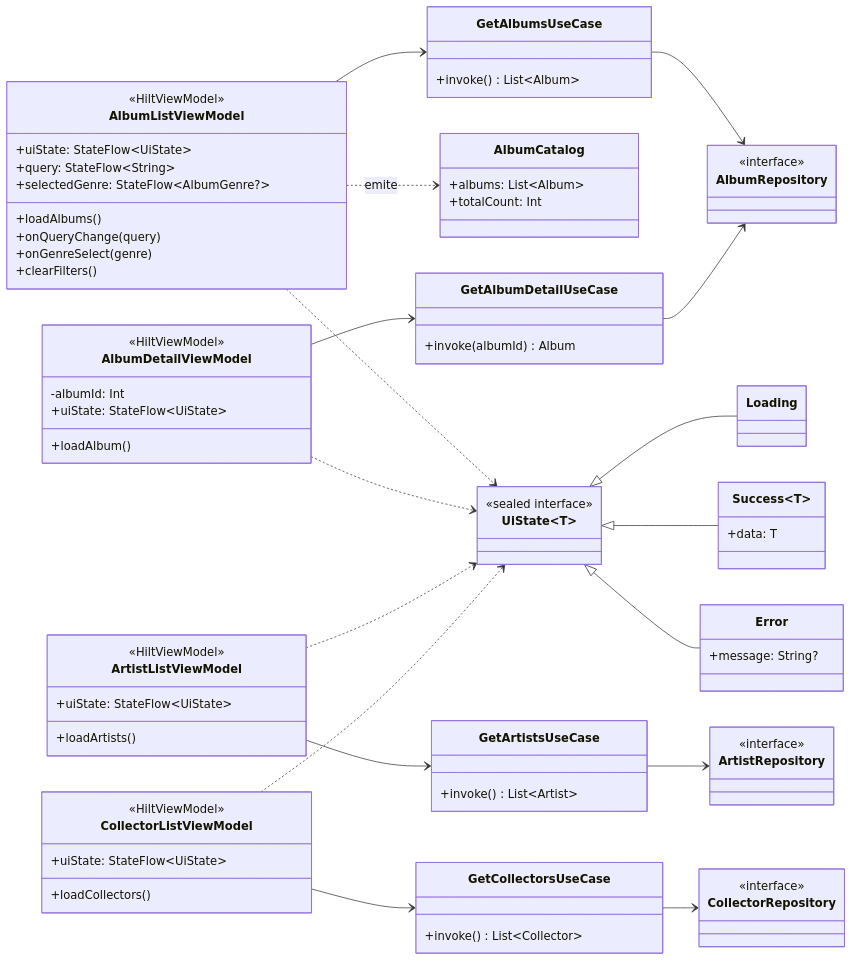
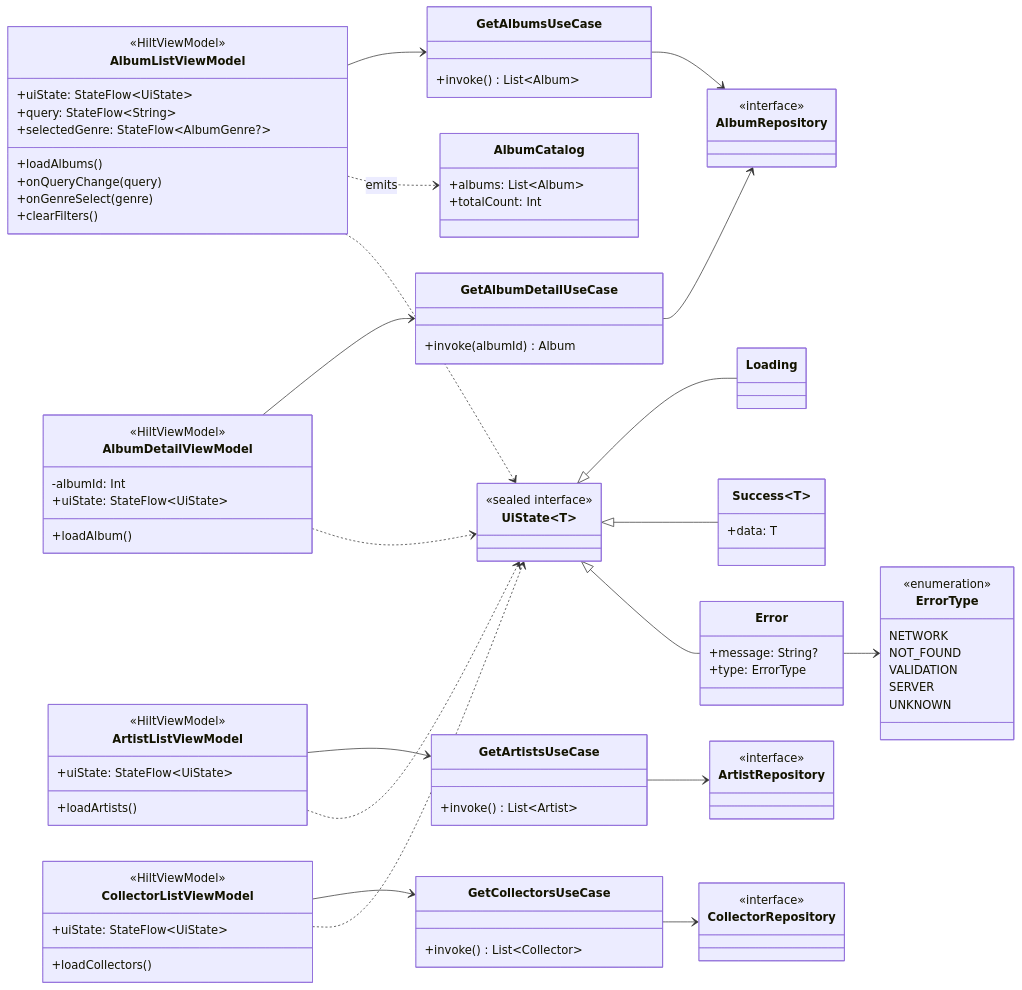
Before and after one commit to jhon0520/Andes-Vynils-App: the third of 8 diagrams in docs/wiki/Sprint-1-Diseno-arquitectonico.md, drawn with Mermaid. The commit also changed other lines of this file and 24 other files, not shown here.

```diff
--- a/docs/wiki/Sprint-1-Diseno-arquitectonico.md
+++ b/docs/wiki/Sprint-1-Diseno-arquitectonico.md
@@ -314,7 +283,17 @@
     }
     class Error {
         +message: String?
+        +type: ErrorType
     }
+    class ErrorType {
+        <<enumeration>>
+        NETWORK
+        NOT_FOUND
+        VALIDATION
+        SERVER
+        UNKNOWN
+    }
+    Error --> ErrorType
     UiState <|-- Loading
     UiState <|-- Success
     UiState <|-- Error
@@ -372,7 +351,7 @@
     }
 
     AlbumListViewModel --> GetAlbumsUseCase
-    AlbumListViewModel ..> AlbumCatalog : emite
+    AlbumListViewModel ..> AlbumCatalog : emits
     AlbumDetailViewModel --> GetAlbumDetailUseCase
     ArtistListViewModel --> GetArtistsUseCase
     CollectorListViewModel --> GetCollectorsUseCase
```
